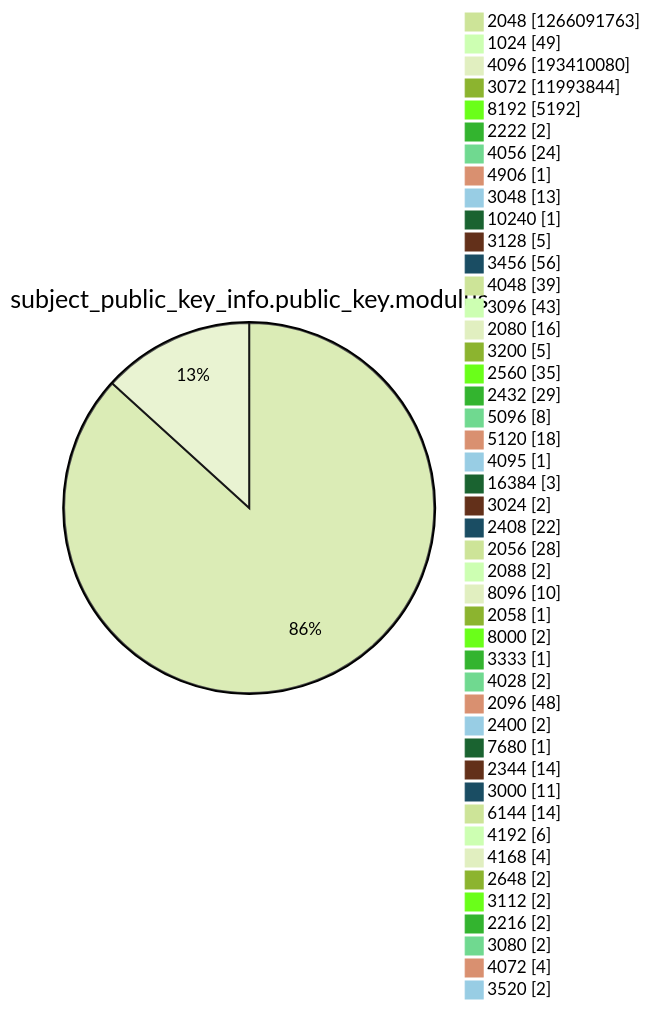
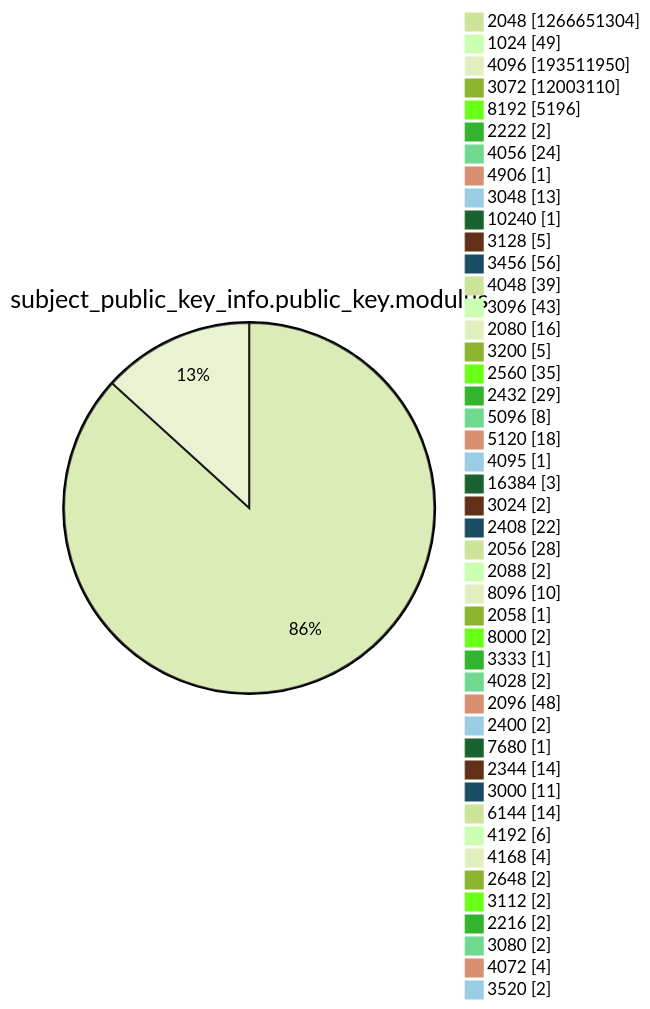
One commit to christiankrug/ctmonitor_visualization changed diagram 13 of 15 in xenon2022/README.md. Above: the diagram before and after it, drawn with Mermaid (forest theme). The commit also changed other lines of this file, not shown here.

````diff
--- a/xenon2022/README.md
+++ b/xenon2022/README.md
@@ -3920,49 +3920,49 @@
 ```mermaid
 pie showData
 title subject_public_key_info.public_key.modulus
-"2048" :1266091763
+"2048" :1266651304
 "1024" :49
-"4096" :193410080
-"3072" :11993844
-"8192" :5192
+"4096" :193511950
+"3072" :12003110
+"8192" :5196
 "2222" :2
 "4056" :24
 "4906" :1
 "3048" :13
 "10240" :1
 "3128" :5
 "3456" :56
 "4048" :39
 "3096" :43
 "2080" :16
 "3200" :5
 "2560" :35
 "2432" :29
 "5096" :8
 "5120" :18
 "4095" :1
 "16384" :3
 "3024" :2
 "2408" :22
 "2056" :28
 "2088" :2
 "8096" :10
 "2058" :1
 "8000" :2
 "3333" :1
 "4028" :2
 "2096" :48
 "2400" :2
 "7680" :1
 "2344" :14
 "3000" :11
 "6144" :14
 "4192" :6
 "4168" :4
 "2648" :2
 "3112" :2
 "2216" :2
 "3080" :2
 "4072" :4
 "3520" :2
 ```
````
